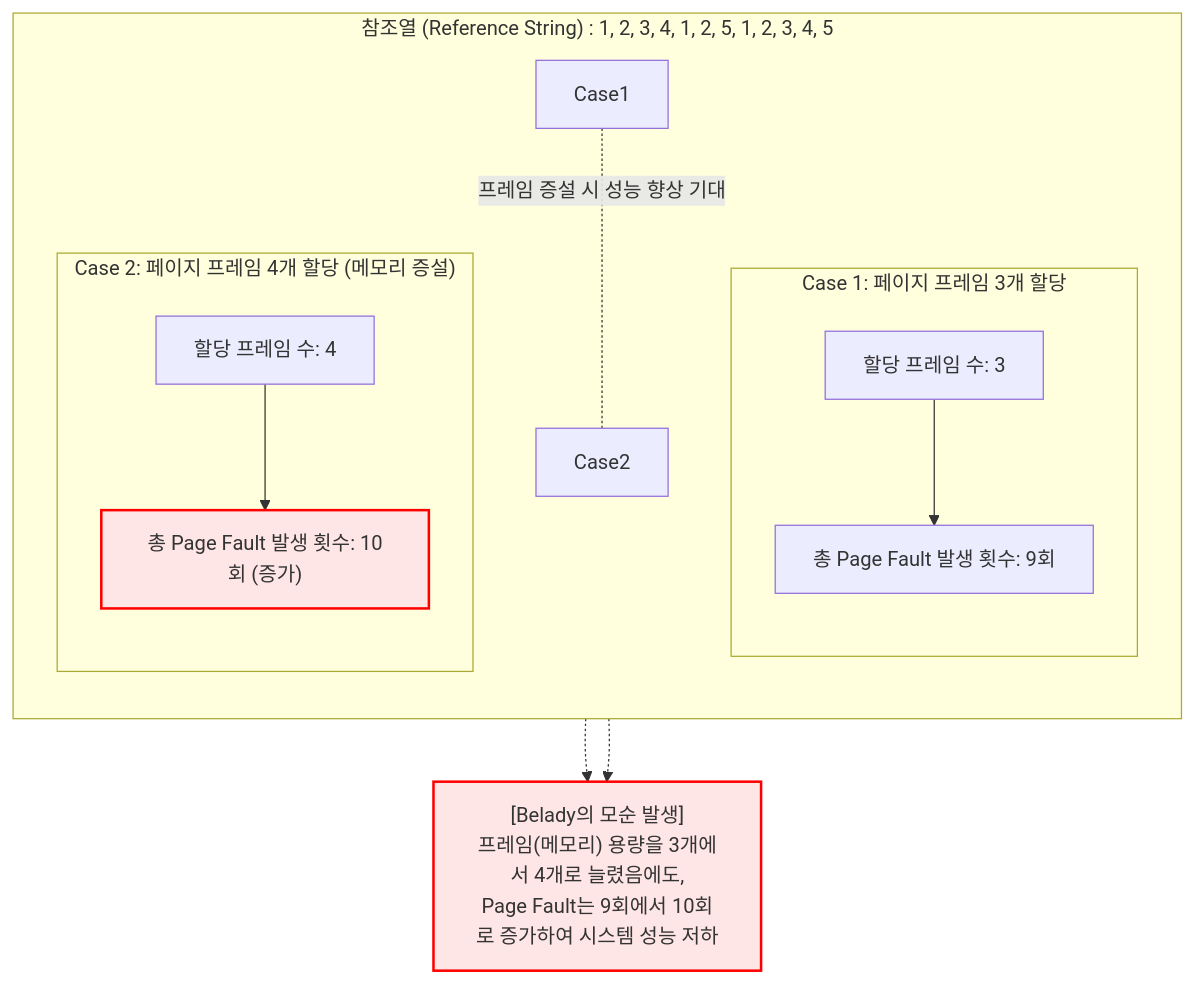
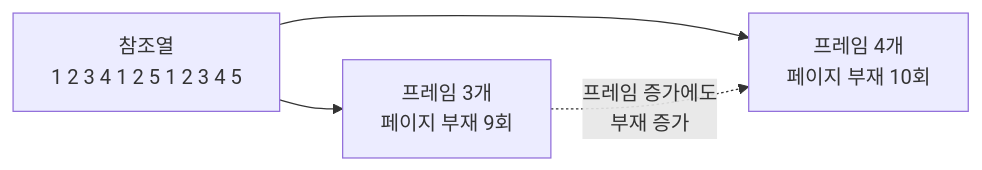
Before and after one commit to supremethumb/supremethumb.github.io: the diagram in content/01_IT Tech/Belady's Anomaly.md, drawn with Mermaid. The commit also changed other lines of this file and 1087 other files, not shown here.

````diff
--- a/content/01_IT Tech/Belady's Anomaly.md
+++ b/content/01_IT Tech/Belady's Anomaly.md
@@ -29,27 +35,6 @@
 ```mermaid
-flowchart TD
-    subgraph "참조열 (Reference String) : 1, 2, 3, 4, 1, 2, 5, 1, 2, 3, 4, 5"
-        direction TB
-        
-        subgraph "Case 1: 페이지 프레임 3개 할당"
-            direction TB
-            F3["할당 프레임 수: 3"] --> PF3["총 Page Fault 발생 횟수: 9회"]
-        end
-        
-        subgraph "Case 2: 페이지 프레임 4개 할당 (메모리 증설)"
-            direction TB
-            F4["할당 프레임 수: 4"] --> PF4["총 Page Fault 발생 횟수: 10회 (증가)"]
-        end
-        
-        Case1 -.- |"프레임 증설 시 성능 향상 기대"| Case2
-    end
-    
-    WARN["[Belady의 모순 발생]<br/>프레임(메모리) 용량을 3개에서 4개로 늘렸음에도,<br/>Page Fault는 9회에서 10회로 증가하여 시스템 성능 저하"]
-    
-    PF3 -.-> WARN
-    PF4 -.-> WARN
-    
-    style PF4 fill:#ffe6e6,stroke:#ff0000,stroke-width:2px
-    style WARN fill:#ffe6e6,stroke:#ff0000,stroke-width:2px
-
+flowchart LR
+    REF["참조열<br/>1 2 3 4 1 2 5 1 2 3 4 5"] --> F3["프레임 3개<br/>페이지 부재 9회"]
+    REF --> F4["프레임 4개<br/>페이지 부재 10회"]
+    F3 -.->|"프레임 증가에도<br/>부재 증가"| F4
 ```
````
